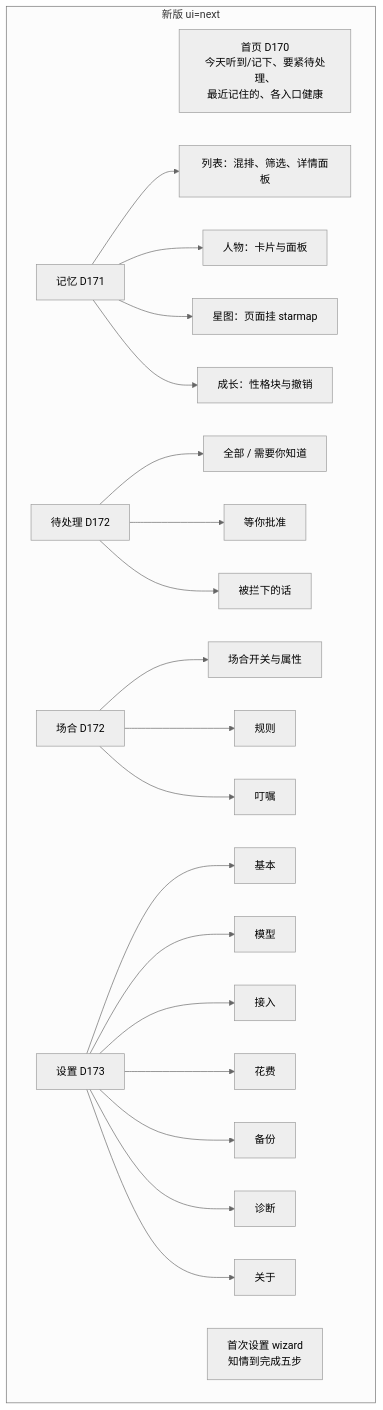
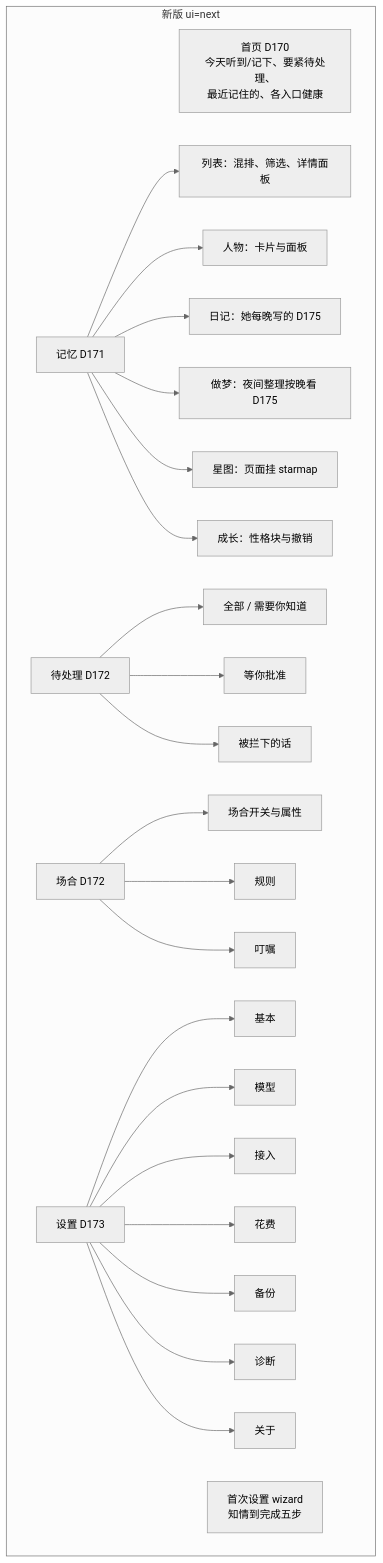
Before and after one commit to QiuYeDx/dsh-rugu: diagram 13 of 13 in docs/图解.md, drawn with Mermaid (neutral theme). The commit also changed other lines of this file and 16 other files, not shown here.

````diff
--- a/docs/图解.md
+++ b/docs/图解.md
@@ -427,28 +427,30 @@
 ```mermaid
 flowchart TB
   subgraph NAV["新版 ui=next"]
     H["首页 D170<br/>今天听到/记下、要紧待处理、<br/>最近记住的、各入口健康"]
     M["记忆 D171"]
     M --> ML["列表：混排、筛选、详情面板"]
     M --> MP["人物：卡片与面板"]
+    M --> MD["日记：她每晚写的 D175"]
+    M --> MN["做梦：夜间整理按晚看 D175"]
     M --> MS["星图：页面挂 starmap"]
     M --> MG["成长：性格块与撤销"]
     P["待处理 D172"]
     P --> PA["全部 / 需要你知道"]
     P --> PB["等你批准"]
     P --> PC["被拦下的话"]
     PL["场合 D172"]
     PL --> PLS["场合开关与属性"]
     PL --> PLR["规则"]
     PL --> PLL["叮嘱"]
     S["设置 D173"]
     S --> SB["基本"]
     S --> SM["模型"]
     S --> SC["接入"]
     S --> SK["花费"]
     S --> SU["备份"]
     S --> SD["诊断"]
     S --> SA["关于"]
     W["首次设置 wizard<br/>知情到完成五步"]
   end
 ```
````
